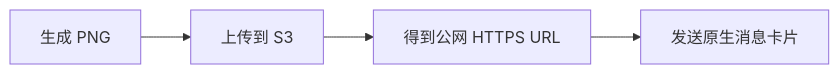
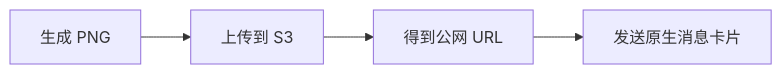
The second of 2 diagrams in README.zh-CN.md (TenviLi/splatoon3-bot), drawn with Mermaid before and after one commit. The commit also changed other lines of this file and 11 other files, not shown here.

````diff
--- a/README.zh-CN.md
+++ b/README.zh-CN.md
@@ -298,6 +298,6 @@
 ```mermaid
 flowchart LR
   render["生成 PNG"] --> upload["上传到 S3"]
-  upload --> publicUrl["得到公网 HTTPS URL"]
+  upload --> publicUrl["得到公网 URL"]
   publicUrl --> message["发送原生消息卡片"]
 ```
````
